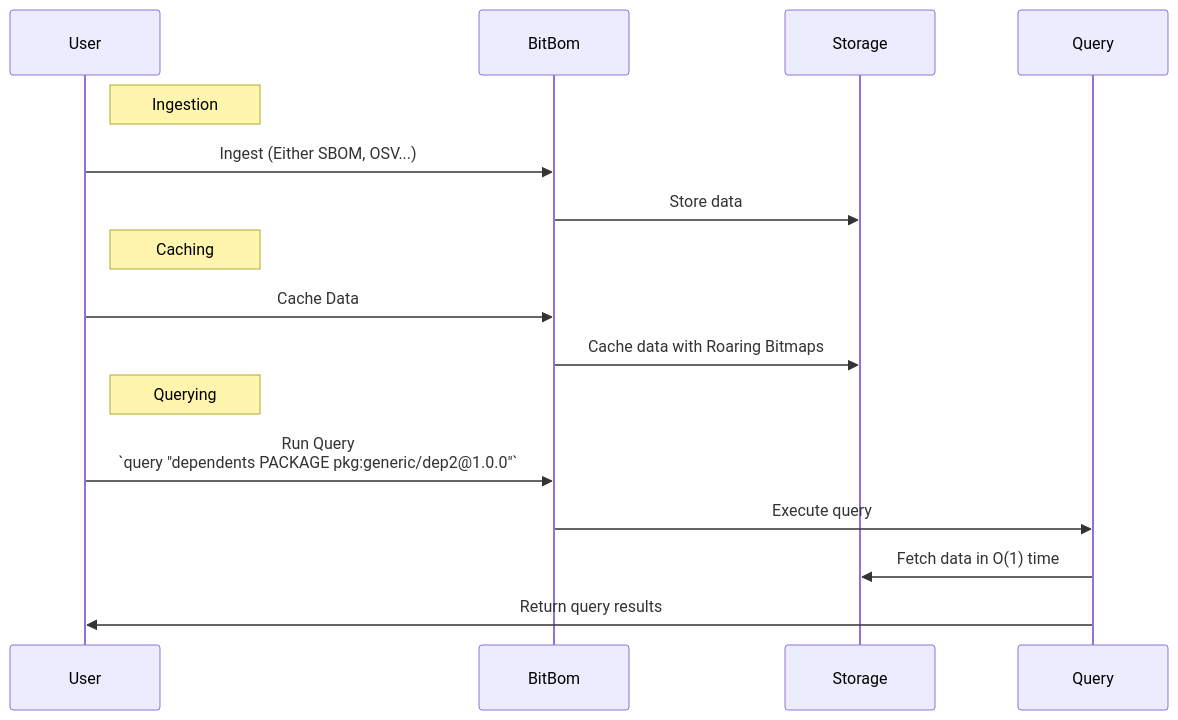
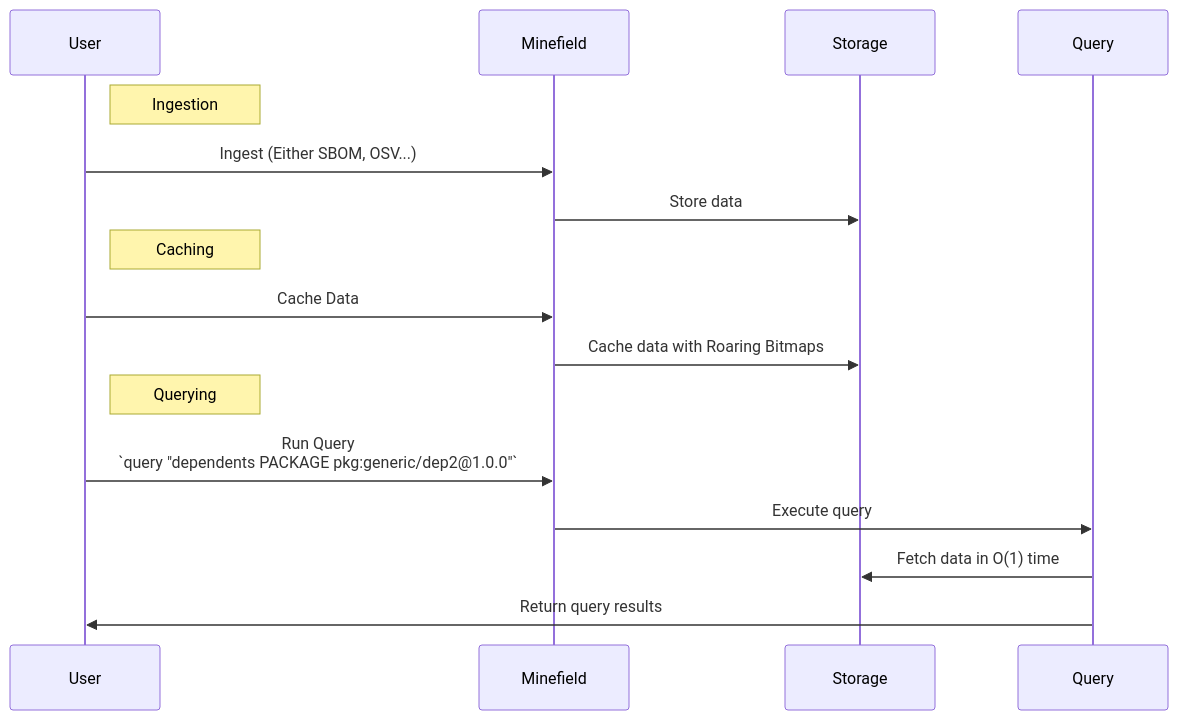
Before and after one commit to bitbomdev/minefield: the diagram in README.md, drawn with Mermaid. The commit also changed other lines of this file and 3 other files, not shown here.

````diff
--- a/README.md
+++ b/README.md
@@ -67,21 +67,21 @@
 ```mermaid
 sequenceDiagram
     participant User
-    participant BitBom
+    participant Minefield 
     participant Storage
     participant Query
     
     note right of User: Ingestion
-    User->>BitBom: Ingest (Either SBOM, OSV...)
-    BitBom->>Storage: Store data
+    User->>Minefield: Ingest (Either SBOM, OSV...)
+    Minefield->>Storage: Store data
     
     note right of User: Caching
-    User->>BitBom: Cache Data
-    BitBom->>Storage: Cache data with Roaring Bitmaps
+    User->>Minefield: Cache Data
+    Minefield->>Storage: Cache data with Roaring Bitmaps
     
     note right of User: Querying
-    User->>BitBom: Run Query<br/>`query "dependents PACKAGE pkg:generic/dep2@1.0.0"`
-    BitBom->>Query: Execute query
+    User->>Minefield: Run Query<br/>`query "dependents PACKAGE pkg:generic/dep2@1.0.0"`
+    Minefield->>Query: Execute query
     Query->>Storage: Fetch data in O(1) time
     Query->>User: Return query results
 ```
````
